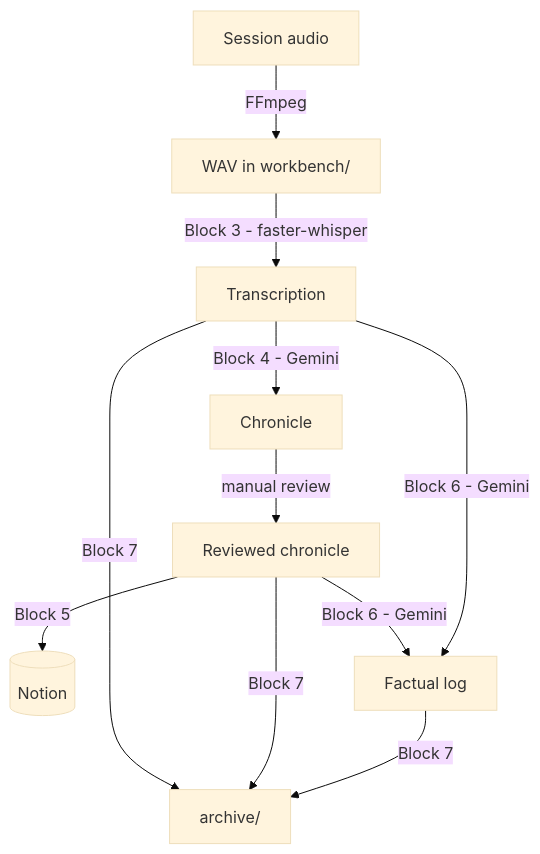
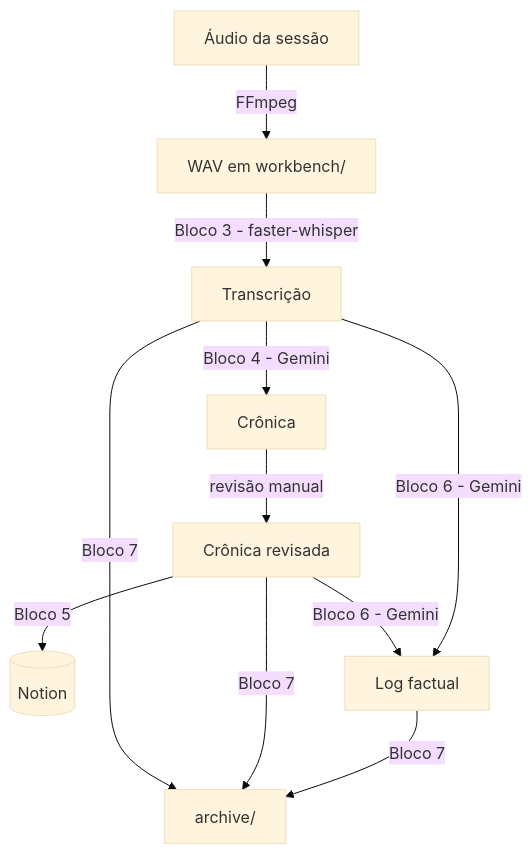
One commit to ThaisMosken/rpg_transcription changed the diagram in README.en.md. Above: the diagram before and after it, drawn with Mermaid (base theme). The commit also changed other lines of this file and 3 other files, not shown here.

````diff
--- a/README.en.md
+++ b/README.en.md
@@ -15,13 +13,13 @@
 ```mermaid
 flowchart TD
-    A["Session audio"] -->|"FFmpeg"| B["WAV in workbench/"]
-    B -->|"Block 3 - faster-whisper"| C["Transcription"]
-    C -->|"Block 4 - Gemini"| D["Chronicle"]
-    D -->|"manual review"| E["Reviewed chronicle"]
-    E -->|"Block 5"| F[("Notion")]
-    E -->|"Block 6 - Gemini"| G["Factual log"]
-    C -->|"Block 6 - Gemini"| G
-    C -->|"Block 7"| H["archive/"]
-    E -->|"Block 7"| H
-    G -->|"Block 7"| H
+    A["Áudio da sessão"] -->|"FFmpeg"| B["WAV em workbench/"]
+    B -->|"Bloco 3 - faster-whisper"| C["Transcrição"]
+    C -->|"Bloco 4 - Gemini"| D["Crônica"]
+    D -->|"revisão manual"| E["Crônica revisada"]
+    E -->|"Bloco 5"| F[("Notion")]
+    E -->|"Bloco 6 - Gemini"| G["Log factual"]
+    C -->|"Bloco 6 - Gemini"| G
+    C -->|"Bloco 7"| H["archive/"]
+    E -->|"Bloco 7"| H
+    G -->|"Bloco 7"| H
 ```
````
